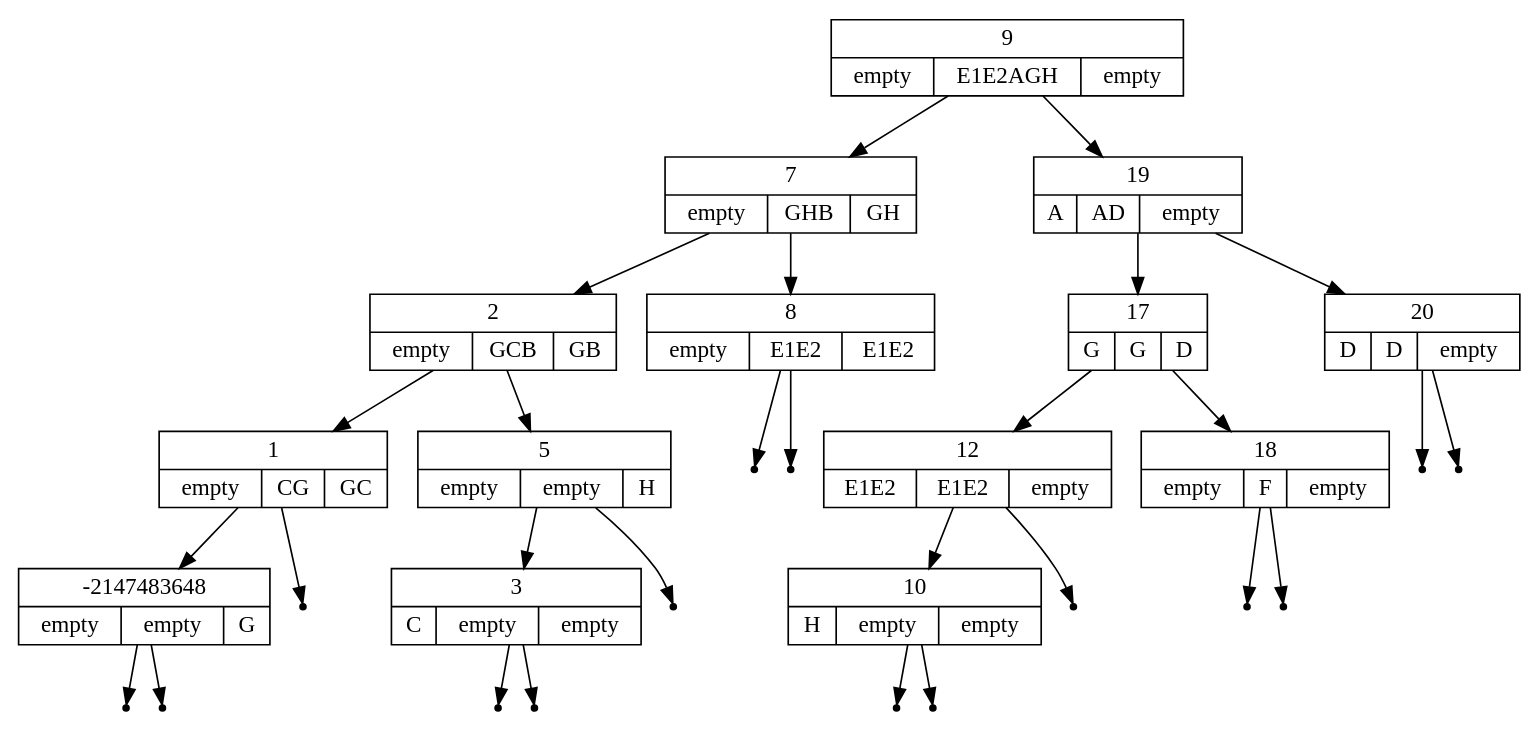
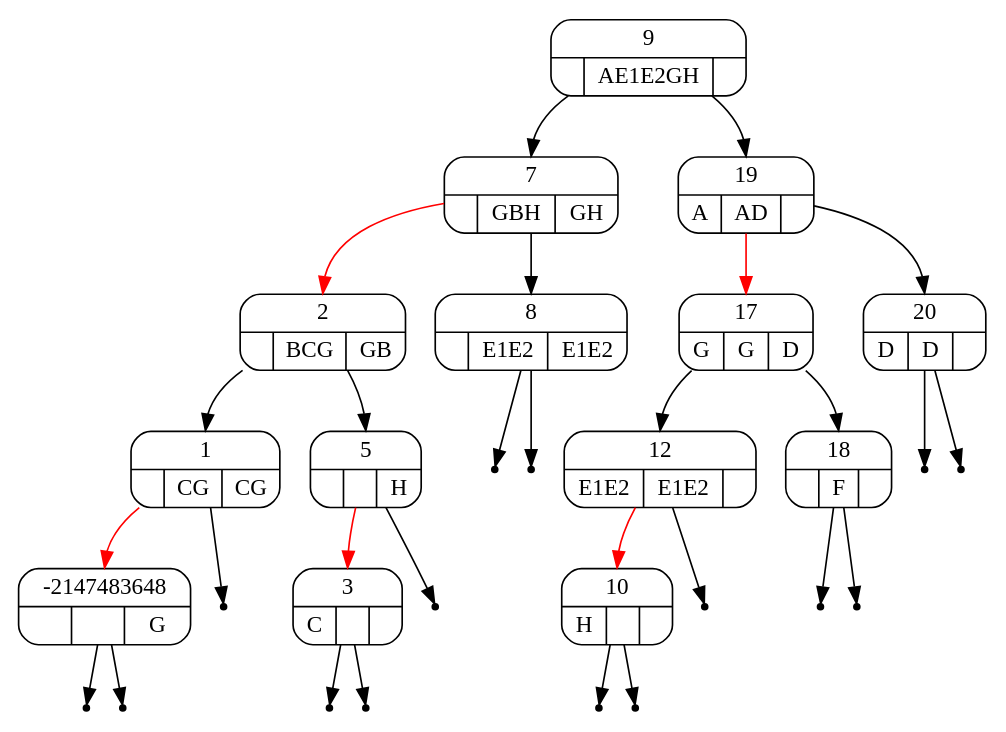
Before and after one commit to lundmikkel/C5: the diagram in C5.Tests/intervaled/data/ibs9_graph.gv, drawn with Graphviz. The commit also changed 6 other files, not shown here.

```diff
--- a/C5.Tests/intervaled/data/ibs9_graph.gv
+++ b/C5.Tests/intervaled/data/ibs9_graph.gv
@@ -1,77 +1,77 @@
 digraph IntervalBinarySearchTree {
-	node [shape=record];
-	struct0 [label="{<key> 9|{empty|E1
+	node [shape=record, style=rounded];
+	struct0 [fontname=consola, label="{<key> 9|{|A
+E1
 E2
-A
 G
-H|empty}}"];
-	struct1 [label="{<key> 7|{empty|G
-H
-B|G
+H|}}"];
+	struct1 [fontname=consola, label="{<key> 7|{|G
+B
+H|G
 H}}"];
-	struct0 -> struct1;
-	struct2 [label="{<key> 2|{empty|G
+	struct0 -> struct1:n [color=black];
+	struct2 [fontname=consola, label="{<key> 2|{|B
 C
-B|G
+G|G
 B}}"];
-	struct1 -> struct2;
-	struct3 [label="{<key> 1|{empty|C
-G|G
-C}}"];
-	struct2 -> struct3;
-	struct4 [label="{<key> -2147483648|{empty|empty|G}}"];
-	struct3 -> struct4;
-	leaf0[shape=point];
+	struct1 -> struct2:n [color=red];
+	struct3 [fontname=consola, label="{<key> 1|{|C
+G|C
+G}}"];
+	struct2 -> struct3:n [color=black];
+	struct4 [fontname=consola, label="{<key> -2147483648|{||G}}"];
+	struct3 -> struct4:n [color=red];
+	leaf0 [shape=point];
 	struct4:left -> leaf0;
-	leaf1[shape=point];
+	leaf1 [shape=point];
 	struct4:right -> leaf1;
-	leaf2[shape=point];
+	leaf2 [shape=point];
 	struct3:right -> leaf2;
-	struct5 [label="{<key> 5|{empty|empty|H}}"];
-	struct2 -> struct5;
-	struct6 [label="{<key> 3|{C|empty|empty}}"];
-	struct5 -> struct6;
-	leaf3[shape=point];
+	struct5 [fontname=consola, label="{<key> 5|{||H}}"];
+	struct2 -> struct5:n [color=black];
+	struct6 [fontname=consola, label="{<key> 3|{C||}}"];
+	struct5 -> struct6:n [color=red];
+	leaf3 [shape=point];
 	struct6:left -> leaf3;
-	leaf4[shape=point];
+	leaf4 [shape=point];
 	struct6:right -> leaf4;
-	leaf5[shape=point];
+	leaf5 [shape=point];
 	struct5:right -> leaf5;
-	struct7 [label="{<key> 8|{empty|E1
+	struct7 [fontname=consola, label="{<key> 8|{|E1
 E2|E1
 E2}}"];
-	struct1 -> struct7;
-	leaf6[shape=point];
+	struct1 -> struct7:n [color=black];
+	leaf6 [shape=point];
 	struct7:left -> leaf6;
-	leaf7[shape=point];
+	leaf7 [shape=point];
 	struct7:right -> leaf7;
-	struct8 [label="{<key> 19|{A|A
-D|empty}}"];
-	struct0 -> struct8;
-	struct9 [label="{<key> 17|{G|G|D}}"];
-	struct8 -> struct9;
-	struct10 [label="{<key> 12|{E1
+	struct8 [fontname=consola, label="{<key> 19|{A|A
+D|}}"];
+	struct0 -> struct8:n [color=black];
+	struct9 [fontname=consola, label="{<key> 17|{G|G|D}}"];
+	struct8 -> struct9:n [color=red];
+	struct10 [fontname=consola, label="{<key> 12|{E1
 E2|E1
-E2|empty}}"];
-	struct9 -> struct10;
-	struct11 [label="{<key> 10|{H|empty|empty}}"];
-	struct10 -> struct11;
-	leaf8[shape=point];
+E2|}}"];
+	struct9 -> struct10:n [color=black];
+	struct11 [fontname=consola, label="{<key> 10|{H||}}"];
+	struct10 -> struct11:n [color=red];
+	leaf8 [shape=point];
 	struct11:left -> leaf8;
-	leaf9[shape=point];
+	leaf9 [shape=point];
 	struct11:right -> leaf9;
-	leaf10[shape=point];
+	leaf10 [shape=point];
 	struct10:right -> leaf10;
-	struct12 [label="{<key> 18|{empty|F|empty}}"];
-	struct9 -> struct12;
-	leaf11[shape=point];
+	struct12 [fontname=consola, label="{<key> 18|{|F|}}"];
+	struct9 -> struct12:n [color=black];
+	leaf11 [shape=point];
 	struct12:left -> leaf11;
-	leaf12[shape=point];
+	leaf12 [shape=point];
 	struct12:right -> leaf12;
-	struct13 [label="{<key> 20|{D|D|empty}}"];
-	struct8 -> struct13;
-	leaf13[shape=point];
+	struct13 [fontname=consola, label="{<key> 20|{D|D|}}"];
+	struct8 -> struct13:n [color=black];
+	leaf13 [shape=point];
 	struct13:left -> leaf13;
-	leaf14[shape=point];
+	leaf14 [shape=point];
 	struct13:right -> leaf14;
 }
```
